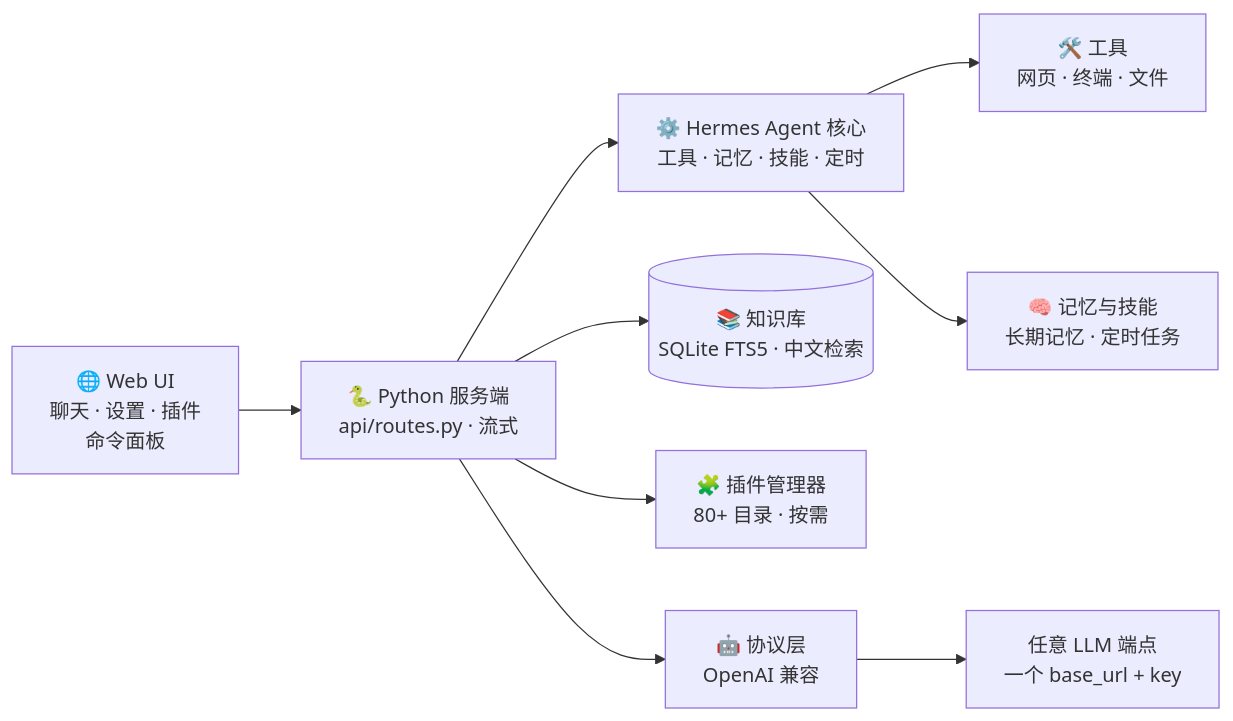
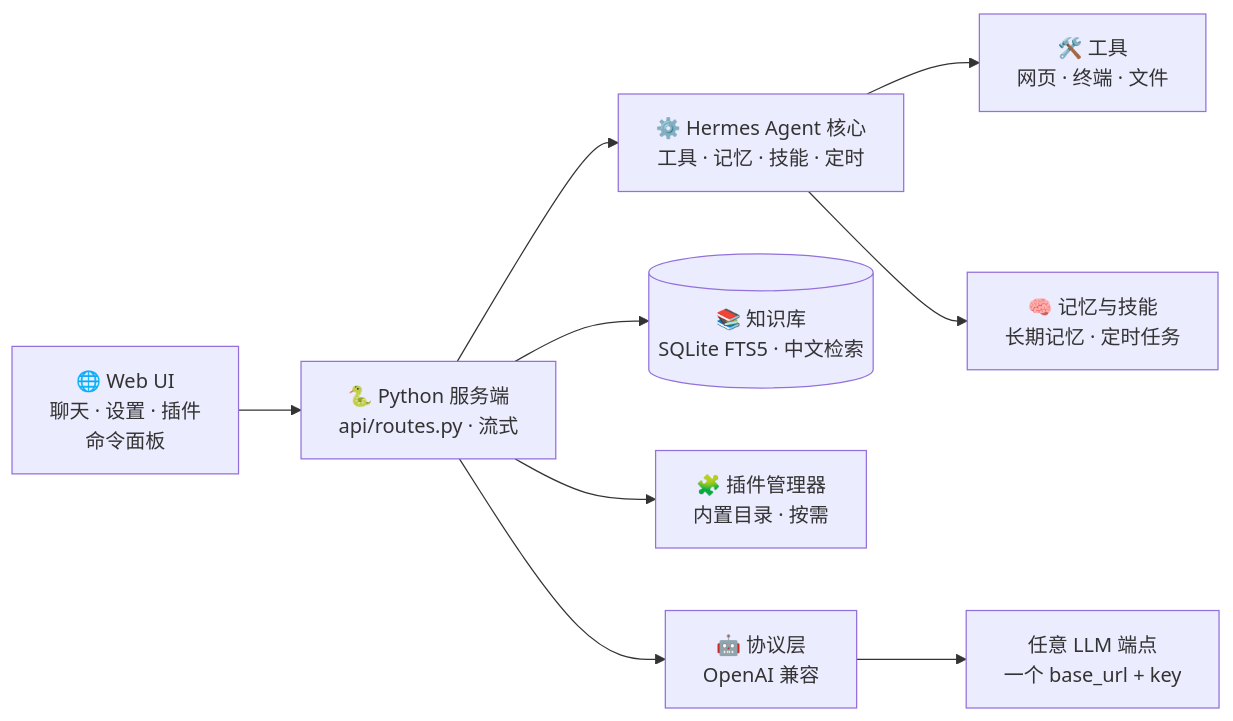
Before and after one commit to Morningstar202604/iris: the diagram in README.zh-CN.md, drawn with Mermaid. The commit also changed other lines of this file and 4 other files, not shown here.

````diff
--- a/README.zh-CN.md
+++ b/README.zh-CN.md
@@ -101,11 +103,11 @@
 ```mermaid
 flowchart LR
     U["🌐 Web UI<br/>聊天 · 设置 · 插件<br/>命令面板"] --> S["🐍 Python 服务端<br/>api/routes.py · 流式"]
     S --> A["⚙️ Hermes Agent 核心<br/>工具 · 记忆 · 技能 · 定时"]
     S --> KB[("📚 知识库<br/>SQLite FTS5 · 中文检索")]
-    S --> PM["🧩 插件管理器<br/>80+ 目录 · 按需"]
+    S --> PM["🧩 插件管理器<br/>内置目录 · 按需"]
     S --> PL["🤖 协议层<br/>OpenAI 兼容"]
     PL --> M["任意 LLM 端点<br/>一个 base_url + key"]
     A --> T1["🛠️ 工具<br/>网页 · 终端 · 文件"]
     A --> T2["🧠 记忆与技能<br/>长期记忆 · 定时任务"]
 ```
````
